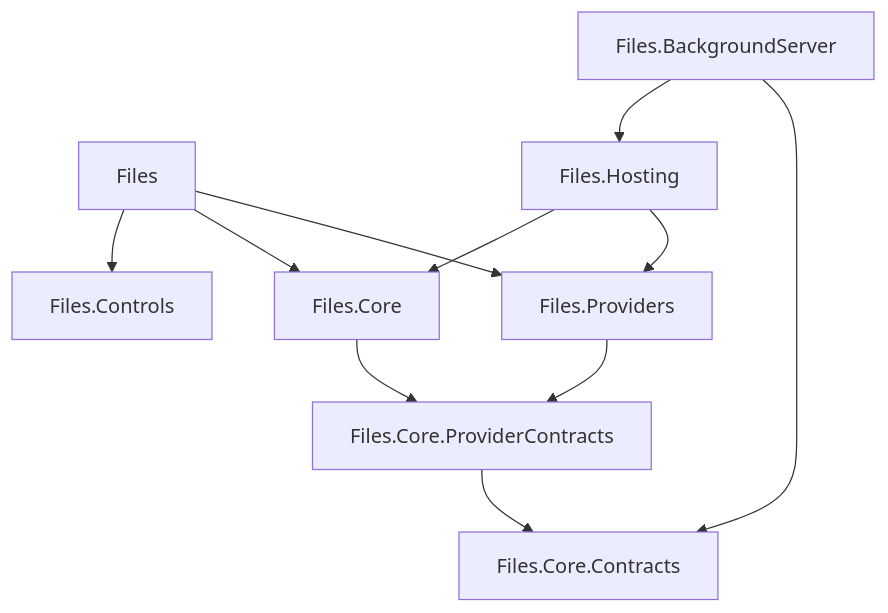
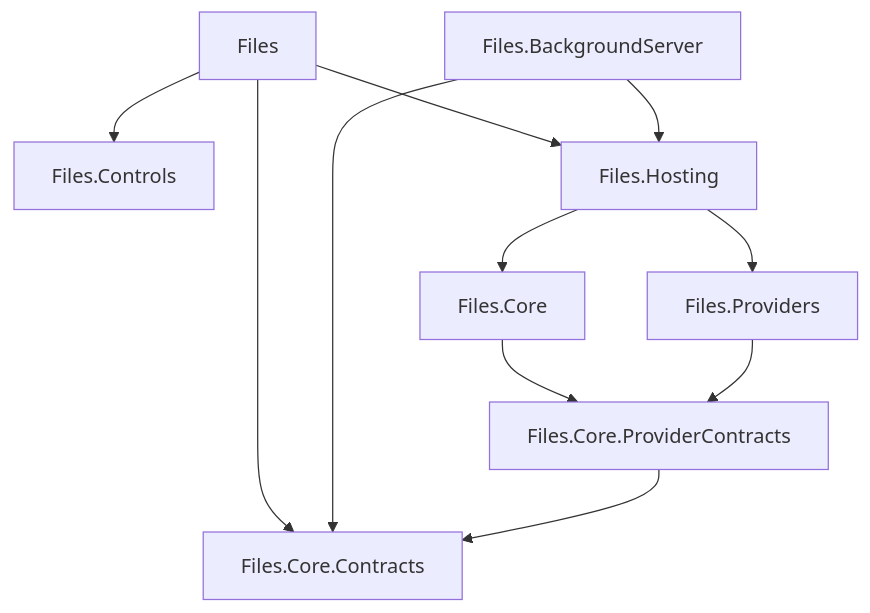
The diagram in docs/architecture/layering.md (0x5bfa/ReFiles), drawn with Mermaid before and after one commit. The commit also changed other lines of this file and 141 other files, not shown here.

````diff
--- a/docs/architecture/layering.md
+++ b/docs/architecture/layering.md
@@ -7,22 +7,22 @@
 ```mermaid
 flowchart TD
     Files[Files]
     Controls[Files.Controls]
     Core[Files.Core]
     Operations[Files.BackgroundServer]
 
     Files --> Controls
-    Files --> Core
+    Files --> Hosting
+    Files --> Contracts
     Contracts[Files.Core.Contracts]
     ProviderContracts[Files.Core.ProviderContracts]
     Providers[Files.Providers]
     Hosting[Files.Hosting]
-    Files --> Providers
     Operations --> Hosting
     Operations --> Contracts
     Hosting --> Core
     Hosting --> Providers
     Core --> ProviderContracts
     Providers --> ProviderContracts
     ProviderContracts --> Contracts
 ```
````
